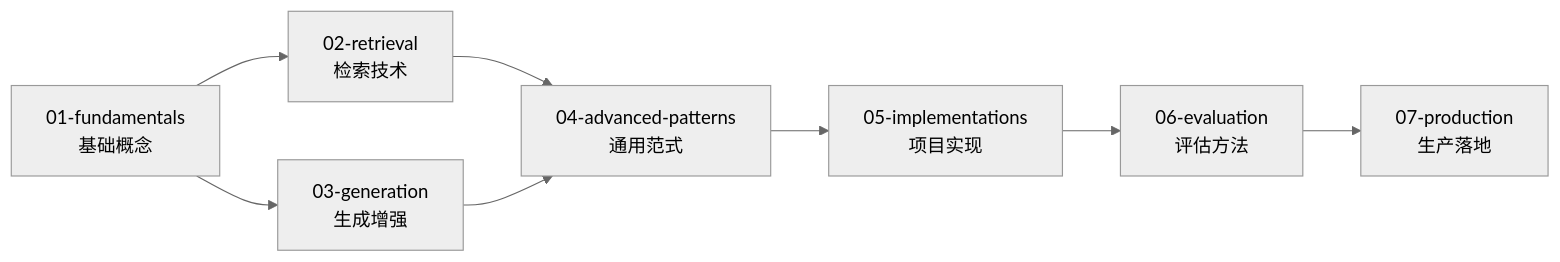
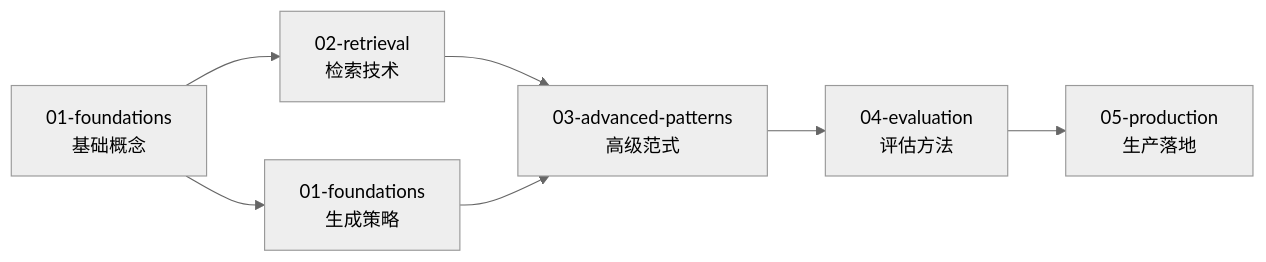
The diagram in rag/README.md (wenyuexin/MachineLearning), drawn with Mermaid (neutral theme) before and after one commit. The commit also changed other lines of this file and 177 other files, not shown here.

````diff
--- a/rag/README.md
+++ b/rag/README.md
@@ -67,10 +80,9 @@
 ```mermaid
 flowchart LR
-    A[01-fundamentals<br/>基础概念] --> B[02-retrieval<br/>检索技术]
-    A --> C[03-generation<br/>生成增强]
-    B --> D[04-advanced-patterns<br/>通用范式]
+    A[01-foundations<br/>基础概念] --> B[02-retrieval<br/>检索技术]
+    A --> C[01-foundations<br/>生成策略]
+    B --> D[03-advanced-patterns<br/>高级范式]
     C --> D
-    D --> E[05-implementations<br/>项目实现]
-    E --> F[06-evaluation<br/>评估方法]
-    F --> G[07-production<br/>生产落地]
+    D --> E[04-evaluation<br/>评估方法]
+    E --> F[05-production<br/>生产落地]
 ```
````
